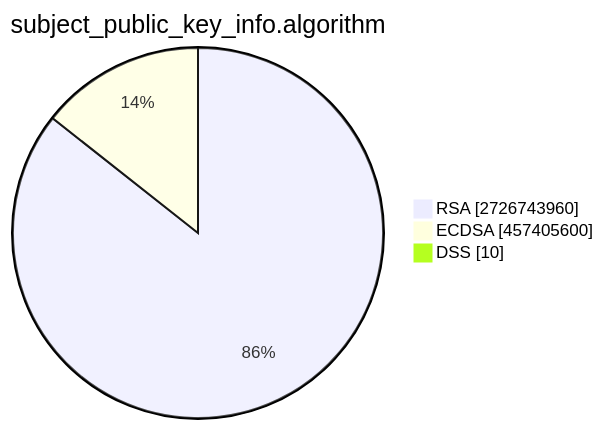
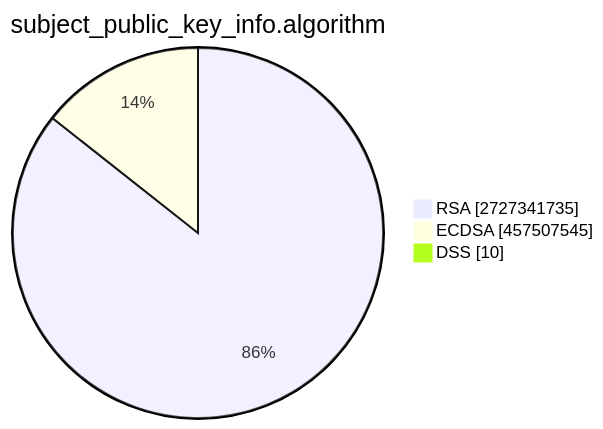
One commit to christiankrug/ctmonitor_visualization changed the second of 15 diagrams in TOTAL/README.md. Above: the diagram before and after it, drawn with Mermaid. The commit also changed other lines of this file, not shown here.

````diff
--- a/TOTAL/README.md
+++ b/TOTAL/README.md
@@ -6,7 +6,7 @@
 ```mermaid
 pie showData
 title subject_public_key_info.algorithm
-"RSA" :2726743960
-"ECDSA" :457405600
+"RSA" :2727341735
+"ECDSA" :457507545
 "DSS" :10
 ```
````
